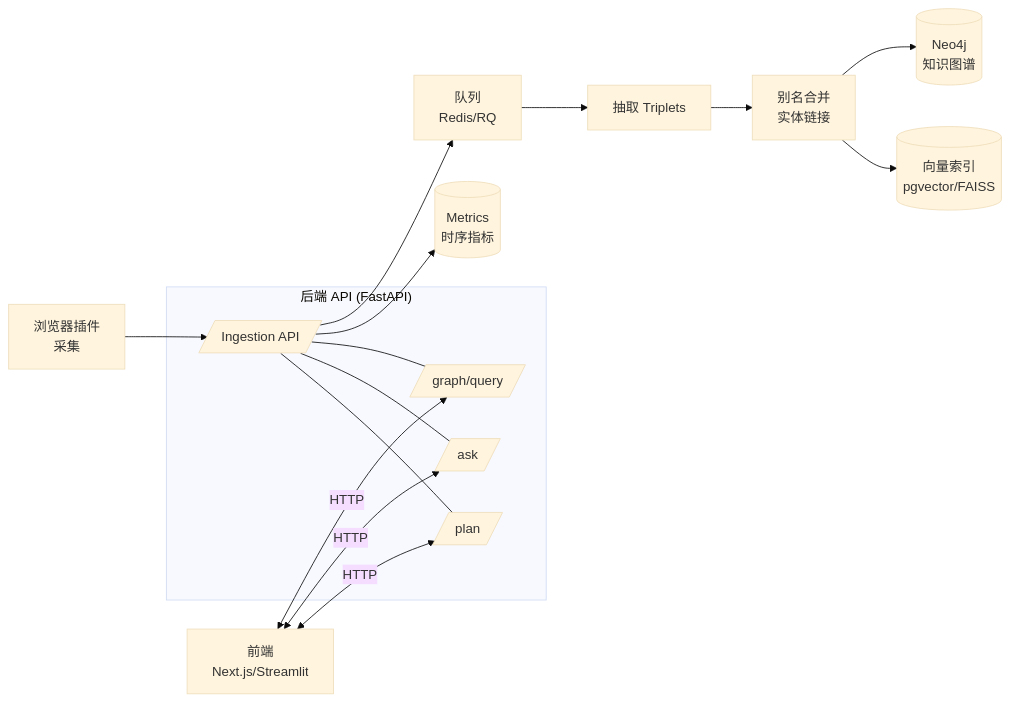
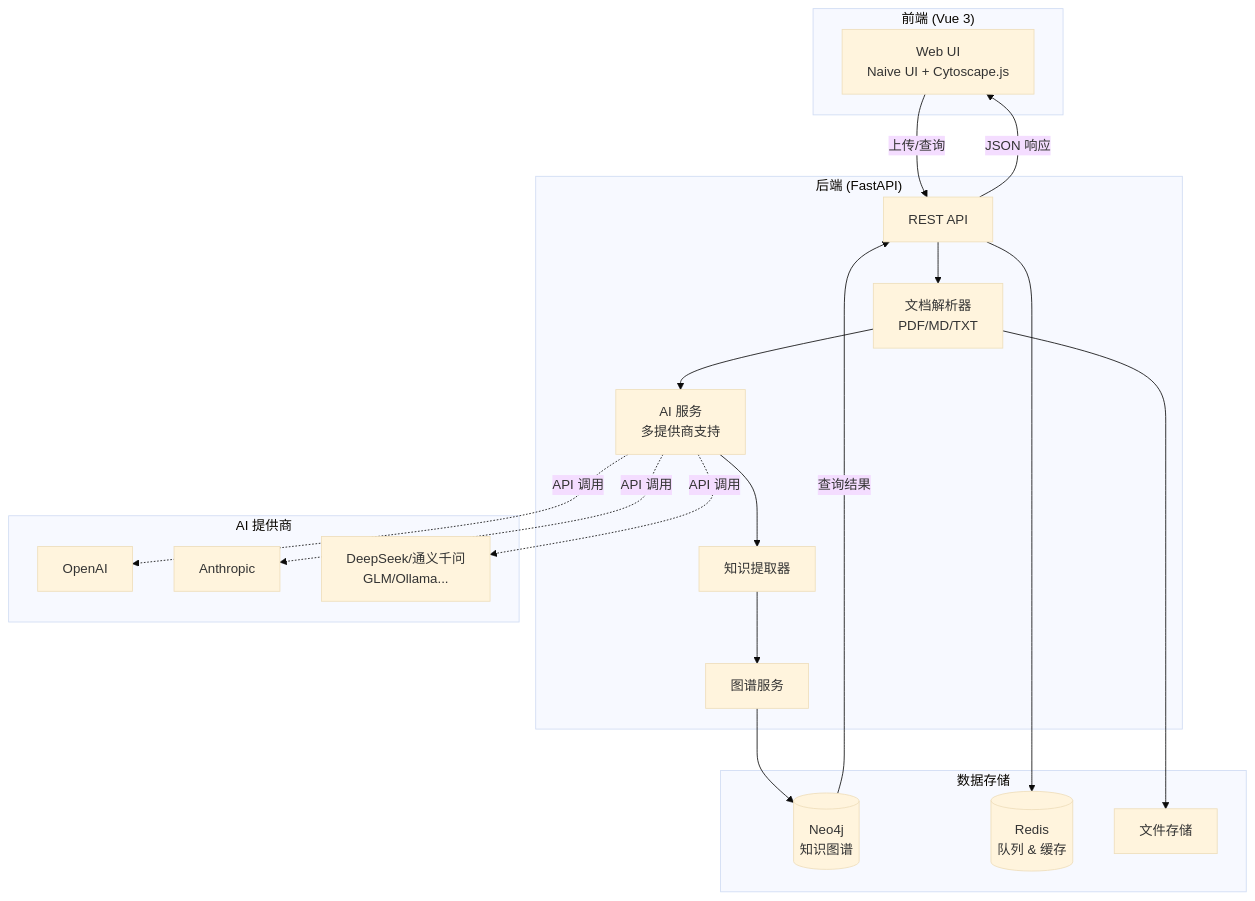
One commit to MapleQiAN/LunarInsight changed the diagram in README.md. Above: the diagram before and after it, drawn with Mermaid (base theme). The commit also changed other lines of this file and 1 other file, not shown here.

````diff
--- a/README.md
+++ b/README.md
@@ -145,20 +107,42 @@
 ```mermaid
-flowchart LR
-  A[浏览器插件<br/>采集] --> B[/Ingestion API/]
-  B --> Q[队列<br/>Redis/RQ]
-  Q --> P1[抽取 Triplets]
-  P1 --> P2[别名合并<br/>实体链接]
-  P2 --> KG[(Neo4j<br/>知识图谱)]
-  P2 --> VS[(向量索引<br/>pgvector/FAISS)]
-  B --> M[(Metrics<br/>时序指标)]
-
-  subgraph BackendAPI["后端 API (FastAPI)"]
-    B --- API1[/graph/query/]
-    B --- API2[/ask/]
-    B --- API3[/plan/]
-  end
-
-  FE[前端<br/>Next.js/Streamlit] <-->|HTTP| API1
-  FE <-->|HTTP| API2
-  FE <-->|HTTP| API3
+flowchart TB
+    subgraph Frontend["前端 (Vue 3)"]
+        UI[Web UI<br/>Naive UI + Cytoscape.js]
+    end
+    
+    subgraph Backend["后端 (FastAPI)"]
+        API[REST API]
+        Parser[文档解析器<br/>PDF/MD/TXT]
+        AIService[AI 服务<br/>多提供商支持]
+        Extractor[知识提取器]
+        GraphService[图谱服务]
+    end
+    
+    subgraph Storage["数据存储"]
+        Neo4j[(Neo4j<br/>知识图谱)]
+        Redis[(Redis<br/>队列 & 缓存)]
+        Files[文件存储]
+    end
+    
+    subgraph AI["AI 提供商"]
+        OpenAI[OpenAI]
+        Anthropic[Anthropic]
+        Others[DeepSeek/通义千问<br/>GLM/Ollama...]
+    end
+    
+    UI -->|上传/查询| API
+    API --> Parser
+    Parser --> AIService
+    AIService --> Extractor
+    Extractor --> GraphService
+    GraphService --> Neo4j
+    API --> Redis
+    Parser --> Files
+    
+    AIService -.->|API 调用| OpenAI
+    AIService -.->|API 调用| Anthropic
+    AIService -.->|API 调用| Others
+    
+    Neo4j -->|查询结果| API
+    API -->|JSON 响应| UI
 ```
````
